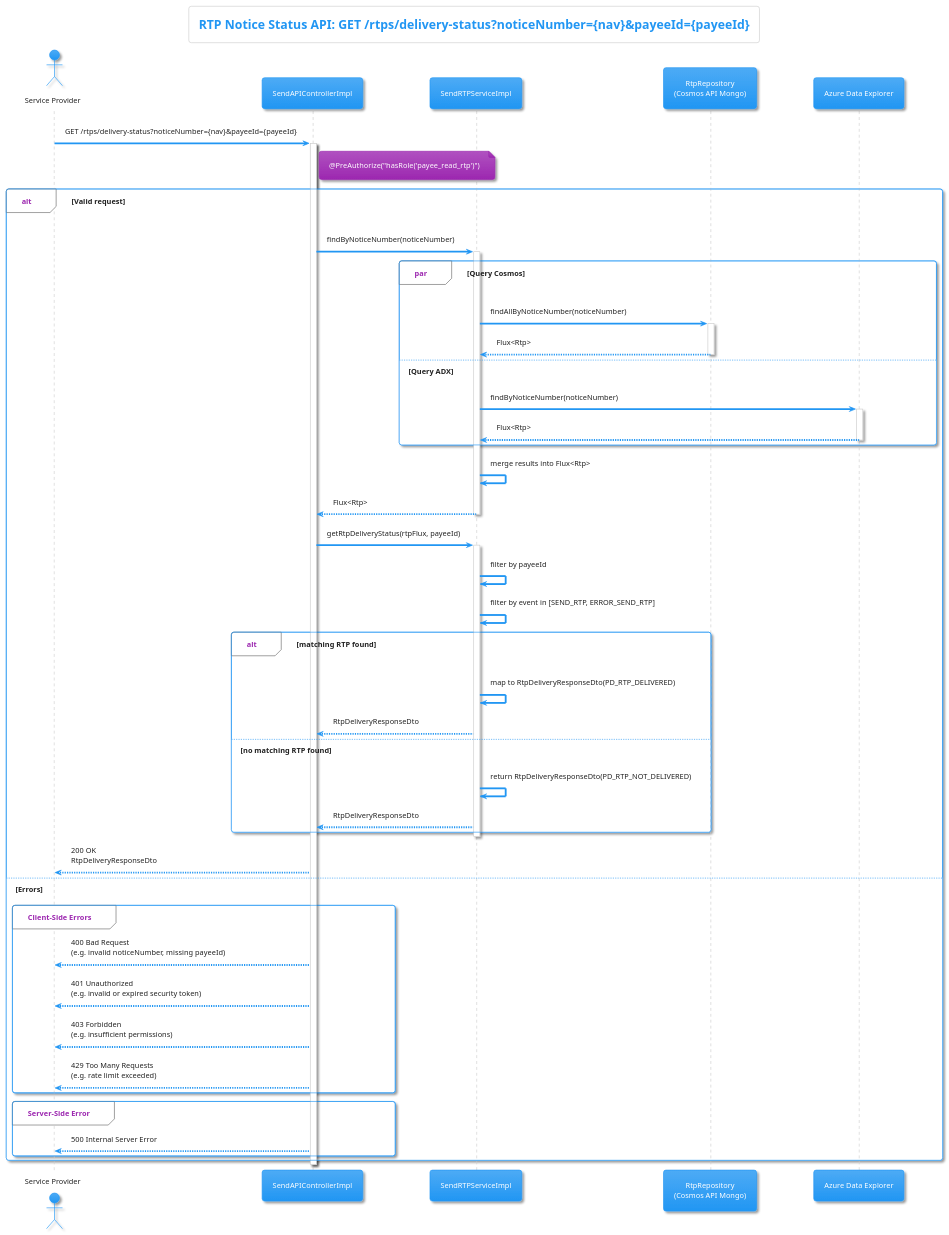
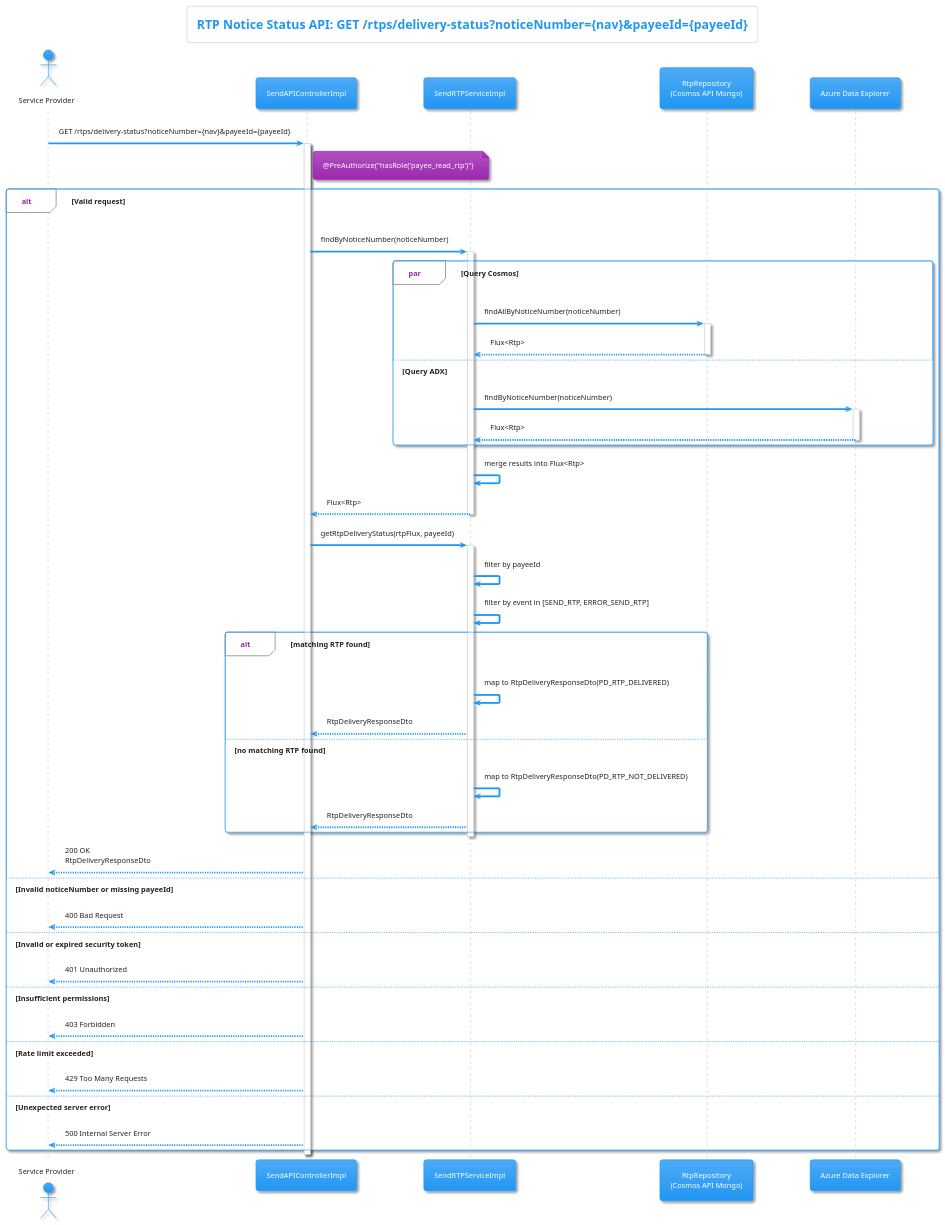
Before and after one commit to pagopa/rtp-docs: the diagram in diagrams/get-delivery-status.puml, drawn with PlantUML. The commit also changed 1 other file, not shown here.

```diff
--- a/diagrams/get-delivery-status.puml
+++ b/diagrams/get-delivery-status.puml
@@ -1,71 +1,73 @@
 @startuml
 
 !theme materia
 
 title RTP Notice Status API: GET /rtps/delivery-status?noticeNumber={nav}&payeeId={payeeId}
 
 actor "Service Provider" as Client
 participant "SendAPIControllerImpl" as Controller
 participant "SendRTPServiceImpl" as Service
 participant "RtpRepository\n(Cosmos API Mongo)" as Repository
 participant "Azure Data Explorer" as ADX
 
 Client -> Controller : GET /rtps/delivery-status?noticeNumber={nav}&payeeId={payeeId}
 activate Controller
 note right of Controller : @PreAuthorize("hasRole('payee_read_rtp')")
 
 alt Valid request
 
     Controller -> Service : findByNoticeNumber(noticeNumber)
     activate Service
 
     par Query Cosmos
         Service -> Repository : findAllByNoticeNumber(noticeNumber)
         activate Repository
         Repository --> Service : Flux<Rtp>
         deactivate Repository
     else Query ADX
         Service -> ADX : findByNoticeNumber(noticeNumber)
         activate ADX
         ADX --> Service : Flux<Rtp>
         deactivate ADX
     end
 
     Service -> Service : merge results into Flux<Rtp>
     Service --> Controller : Flux<Rtp>
     deactivate Service
 
     Controller -> Service : getRtpDeliveryStatus(rtpFlux, payeeId)
     activate Service
     Service -> Service : filter by payeeId
     Service -> Service : filter by event in [SEND_RTP, ERROR_SEND_RTP]
 
     alt matching RTP found
         Service -> Service : map to RtpDeliveryResponseDto(PD_RTP_DELIVERED)
         Service --> Controller : RtpDeliveryResponseDto
     else no matching RTP found
-        Service -> Service : return RtpDeliveryResponseDto(PD_RTP_NOT_DELIVERED)
+        Service -> Service : map to RtpDeliveryResponseDto(PD_RTP_NOT_DELIVERED)
         Service --> Controller : RtpDeliveryResponseDto
     end
 
     deactivate Service
     Controller --> Client : 200 OK\nRtpDeliveryResponseDto
 
-else Errors
+else Invalid noticeNumber or missing payeeId
+    Controller --> Client : 400 Bad Request
 
-    group Client-Side Errors
-        Controller --> Client : 400 Bad Request\n(e.g. invalid noticeNumber, missing payeeId)
-        Controller --> Client : 401 Unauthorized\n(e.g. invalid or expired security token)
-        Controller --> Client : 403 Forbidden\n(e.g. insufficient permissions)
-        Controller --> Client : 429 Too Many Requests\n(e.g. rate limit exceeded)
-    end group
+else Invalid or expired security token
+    Controller --> Client : 401 Unauthorized
 
-    group Server-Side Error
-        Controller --> Client : 500 Internal Server Error
-    end group
+else Insufficient permissions
+    Controller --> Client : 403 Forbidden
+
+else Rate limit exceeded
+    Controller --> Client : 429 Too Many Requests
+
+else Unexpected server error
+    Controller --> Client : 500 Internal Server Error
 
 end
 
 deactivate Controller
 
 @enduml
```
